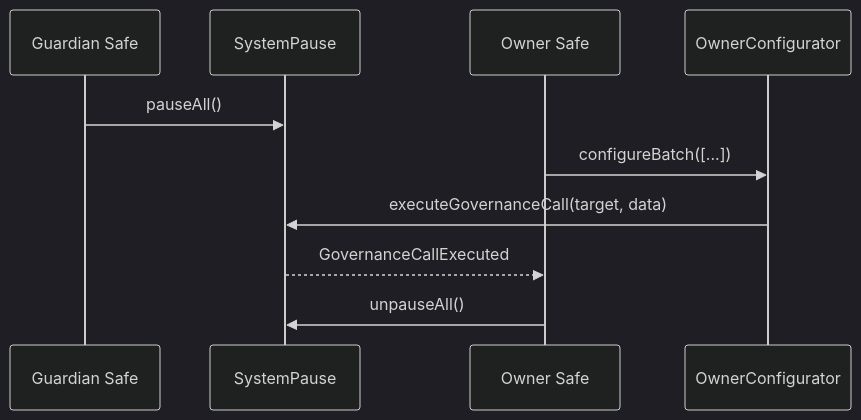
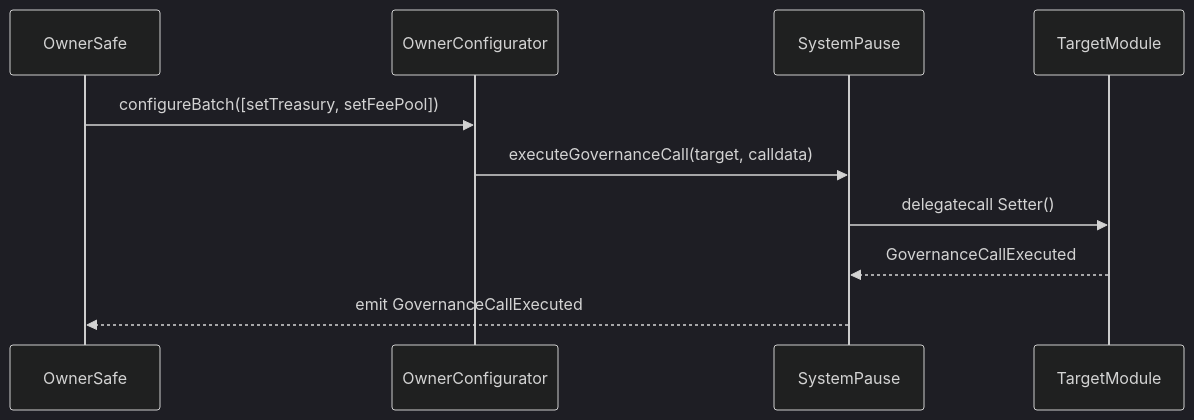
The second of 3 diagrams in deploy/README.md (MontrealAI/agijobs-sovereign-labor-v0p1), drawn with Mermaid (dark theme) before and after one commit. The commit also changed other lines of this file and 1 other file, not shown here.

````diff
--- a/deploy/README.md
+++ b/deploy/README.md
@@ -104,12 +204,12 @@
 ```mermaid
 sequenceDiagram
-    participant Guardian as Guardian Safe
-    participant Pause as SystemPause
-    participant Owner as Owner Safe
-    participant Config as OwnerConfigurator
-    Guardian->>Pause: pauseAll()
-    Owner->>Config: configureBatch([...])
-    Config->>Pause: executeGovernanceCall(target, data)
-    Pause-->>Owner: GovernanceCallExecuted
-    Owner->>Pause: unpauseAll()
+    participant OwnerSafe
+    participant OwnerConfigurator
+    participant SystemPause
+    participant TargetModule
+    OwnerSafe->>OwnerConfigurator: configureBatch([setTreasury, setFeePool])
+    OwnerConfigurator->>SystemPause: executeGovernanceCall(target, calldata)
+    SystemPause->>TargetModule: delegatecall Setter()
+    TargetModule-->>SystemPause: GovernanceCallExecuted
+    SystemPause-->>OwnerSafe: emit GovernanceCallExecuted
 ```
````
